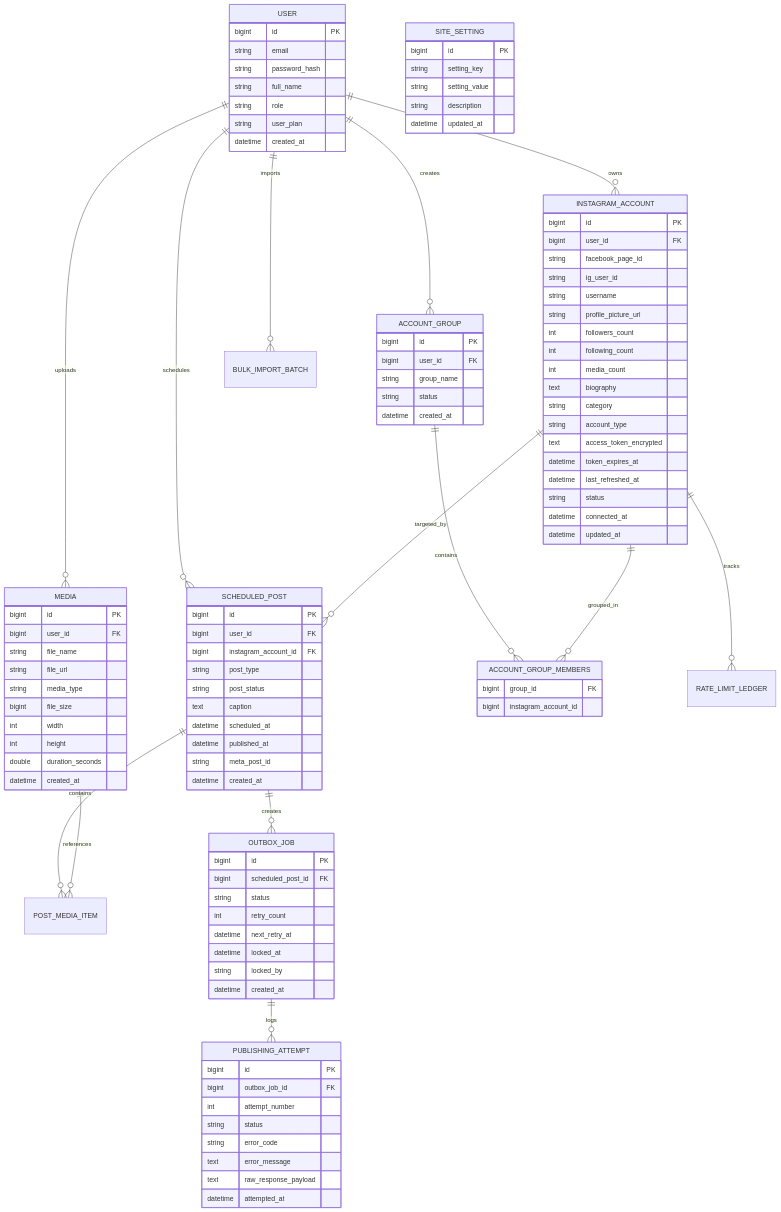
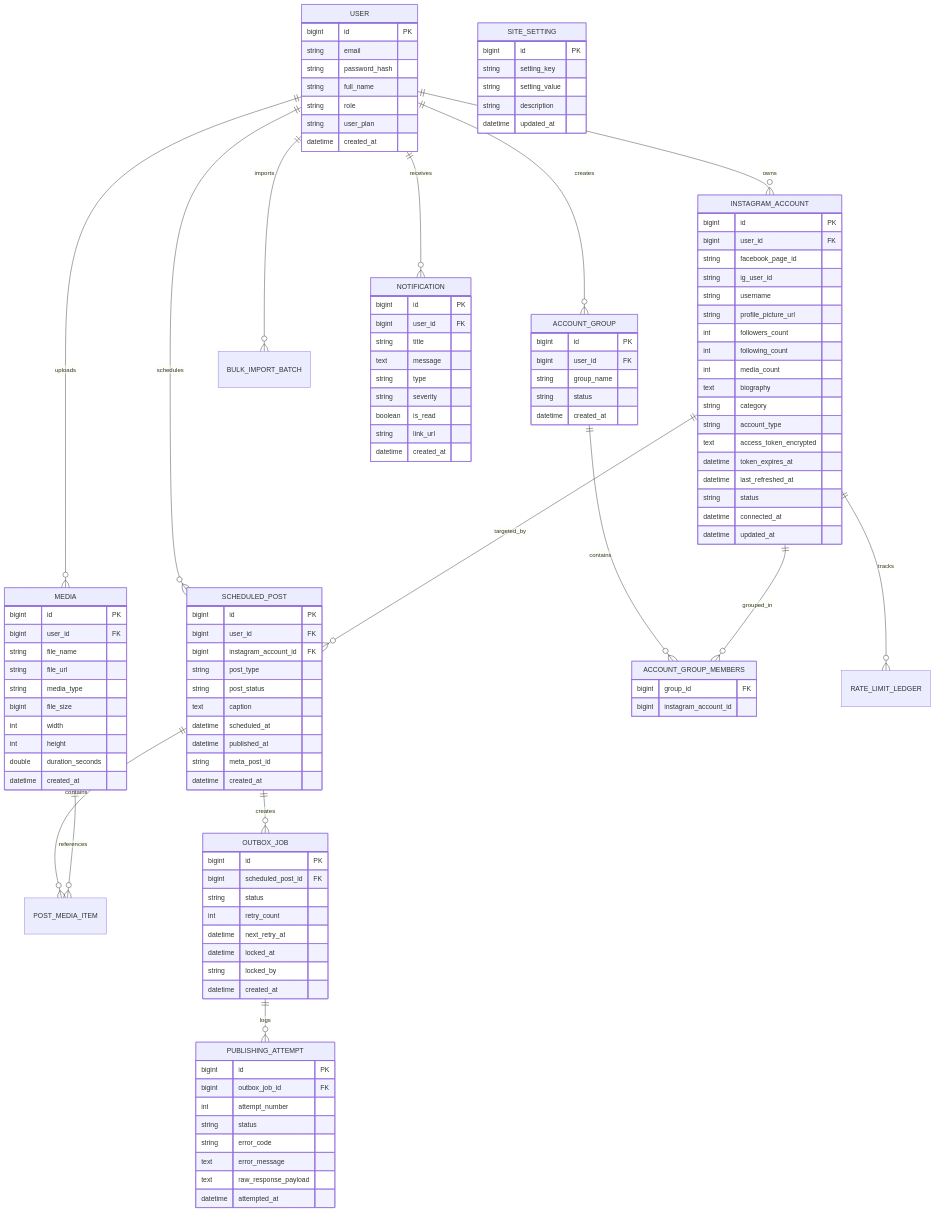
One commit to kushalkumar12/social-media-mgmnt changed the second of 2 diagrams in DOCUMENTATION.md. Above: the diagram before and after it, drawn with Mermaid. The commit also changed other lines of this file and 2 other files, not shown here.

Commit message:
docs: create comprehensive README and update full architecture & endpoints specifications

````diff
--- a/DOCUMENTATION.md
+++ b/DOCUMENTATION.md
@@ -218,6 +243,7 @@
     USER ||--o{ MEDIA : uploads
     USER ||--o{ SCHEDULED_POST : schedules
     USER ||--o{ BULK_IMPORT_BATCH : imports
+    USER ||--o{ NOTIFICATION : receives
     
     ACCOUNT_GROUP ||--o{ ACCOUNT_GROUP_MEMBERS : contains
     INSTAGRAM_ACCOUNT ||--o{ ACCOUNT_GROUP_MEMBERS : grouped_in
@@ -329,4 +355,16 @@
         string description
         datetime updated_at
     }
+
+    NOTIFICATION {
+        bigint id PK
+        bigint user_id FK
+        string title
+        text message
+        string type
+        string severity
+        boolean is_read
+        string link_url
+        datetime created_at
+    }
 ```
````
